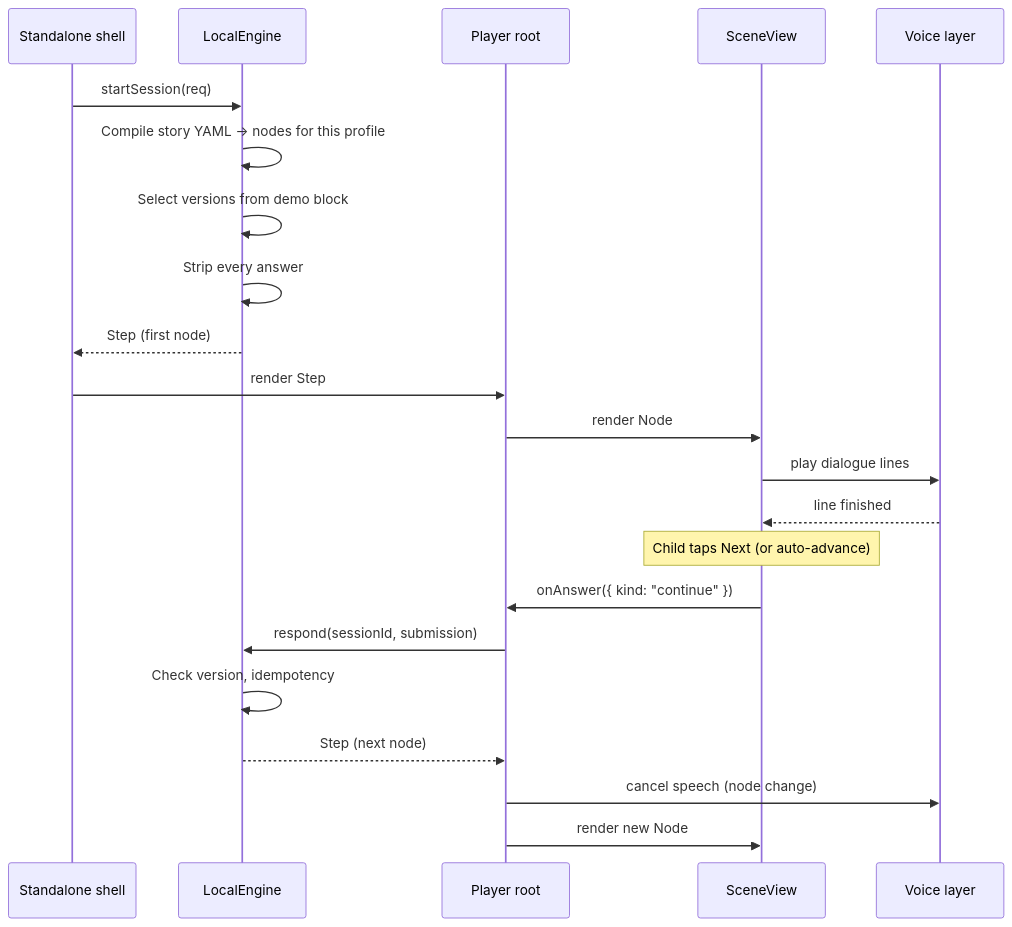
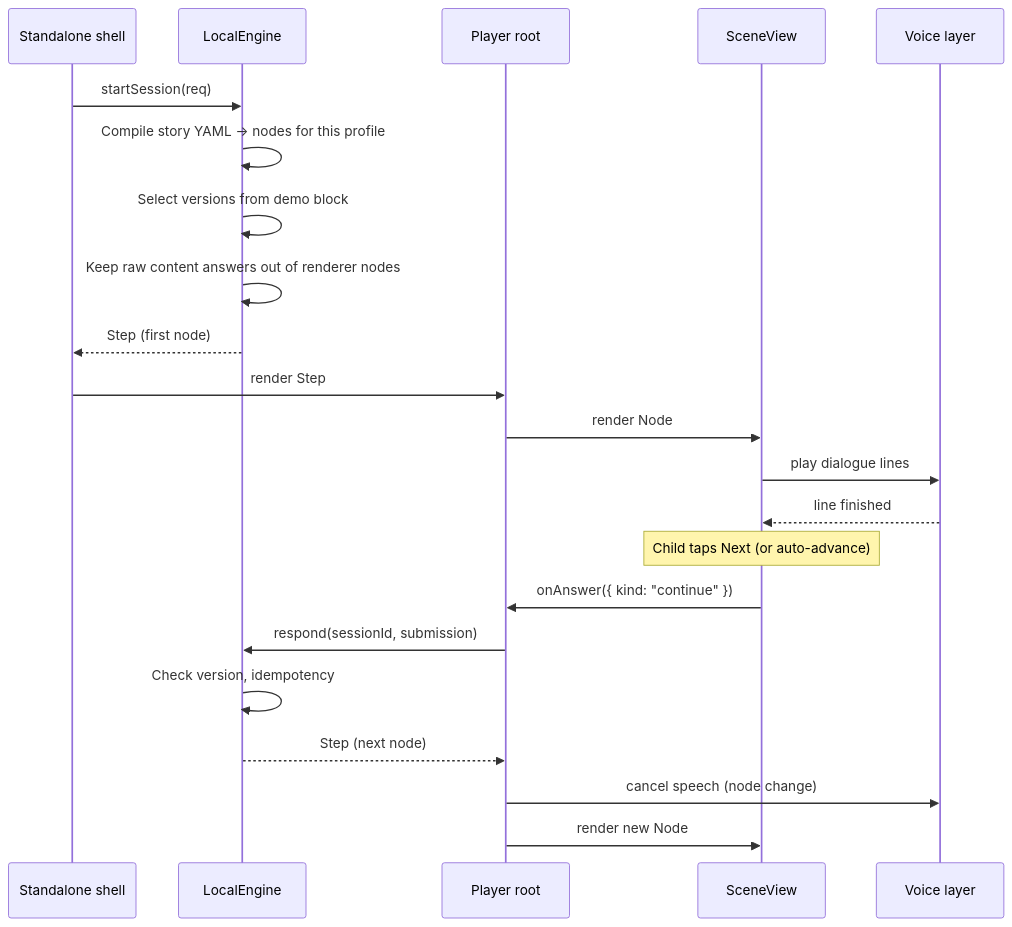
Before and after one commit to phoenixvc/mystira-player: the second of 3 diagrams in .kiro/specs/player-core/design.md, drawn with Mermaid. The commit also changed other lines of this file and 55 other files, not shown here.

````diff
--- a/.kiro/specs/player-core/design.md
+++ b/.kiro/specs/player-core/design.md
@@ -107,27 +104,27 @@
 ```mermaid
 sequenceDiagram
   participant App as Standalone shell
   participant Engine as LocalEngine
   participant Player as Player root
   participant Scene as SceneView
   participant Voice as Voice layer
 
   App->>Engine: startSession(req)
   Engine->>Engine: Compile story YAML → nodes for this profile
   Engine->>Engine: Select versions from demo block
-  Engine->>Engine: Strip every answer
+  Engine->>Engine: Keep raw content answers out of renderer nodes
   Engine-->>App: Step (first node)
 
   App->>Player: render Step
   Player->>Scene: render Node
   Scene->>Voice: play dialogue lines
   Voice-->>Scene: line finished
 
   Note over Scene: Child taps Next (or auto-advance)
   Scene->>Player: onAnswer({ kind: "continue" })
   Player->>Engine: respond(sessionId, submission)
   Engine->>Engine: Check version, idempotency
   Engine-->>Player: Step (next node)
   Player->>Voice: cancel speech (node change)
   Player->>Scene: render new Node
 ```
````
